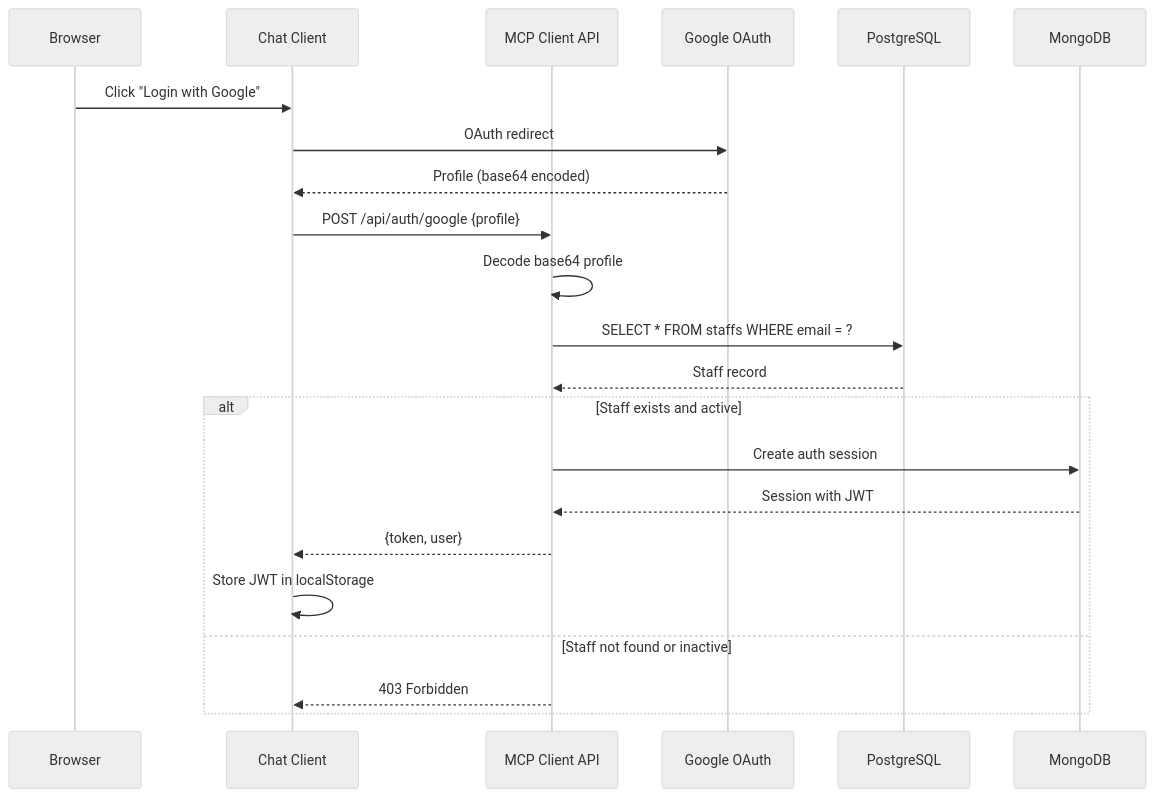
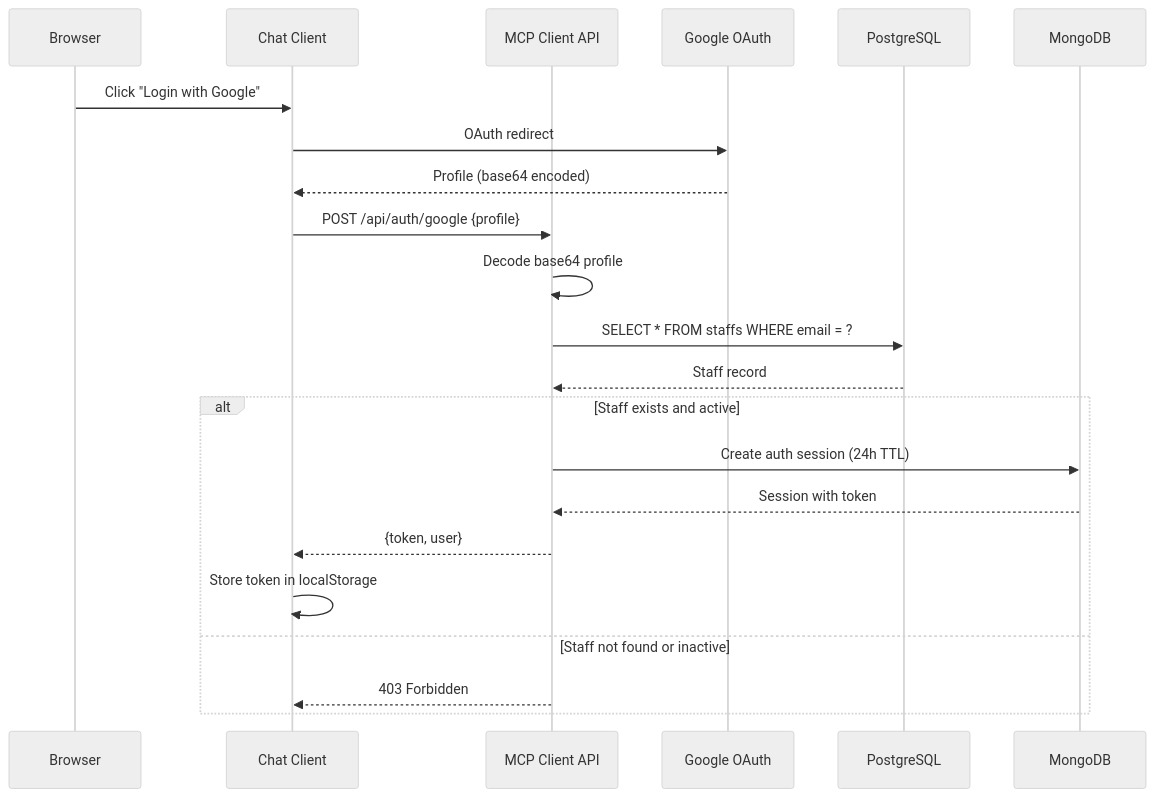
Before and after one commit to Isprava/lohono-db-connect: diagram 11 of 22 in Documentation.md, drawn with Mermaid (neutral theme). The commit also changed other lines of this file and 35 other files, not shown here.

First line of the commit message:
feat: modularize architecture with plugin system, circuit breakers, Redis caching, and ACL refactor

````diff
--- a/Documentation.md
+++ b/Documentation.md
@@ -372,26 +417,26 @@
 ```mermaid
 sequenceDiagram
     participant User as Browser
     participant Chat as Chat Client
     participant API as MCP Client API
     participant Google as Google OAuth
     participant PG as PostgreSQL
     participant Mongo as MongoDB
 
     User->>Chat: Click "Login with Google"
     Chat->>Google: OAuth redirect
     Google-->>Chat: Profile (base64 encoded)
     Chat->>API: POST /api/auth/google {profile}
     API->>API: Decode base64 profile
     API->>PG: SELECT * FROM staffs WHERE email = ?
     PG-->>API: Staff record
 
     alt Staff exists and active
-        API->>Mongo: Create auth session
-        Mongo-->>API: Session with JWT
+        API->>Mongo: Create auth session (24h TTL)
+        Mongo-->>API: Session with token
         API-->>Chat: {token, user}
-        Chat->>Chat: Store JWT in localStorage
+        Chat->>Chat: Store token in localStorage
     else Staff not found or inactive
         API-->>Chat: 403 Forbidden
     end
 ```
````
